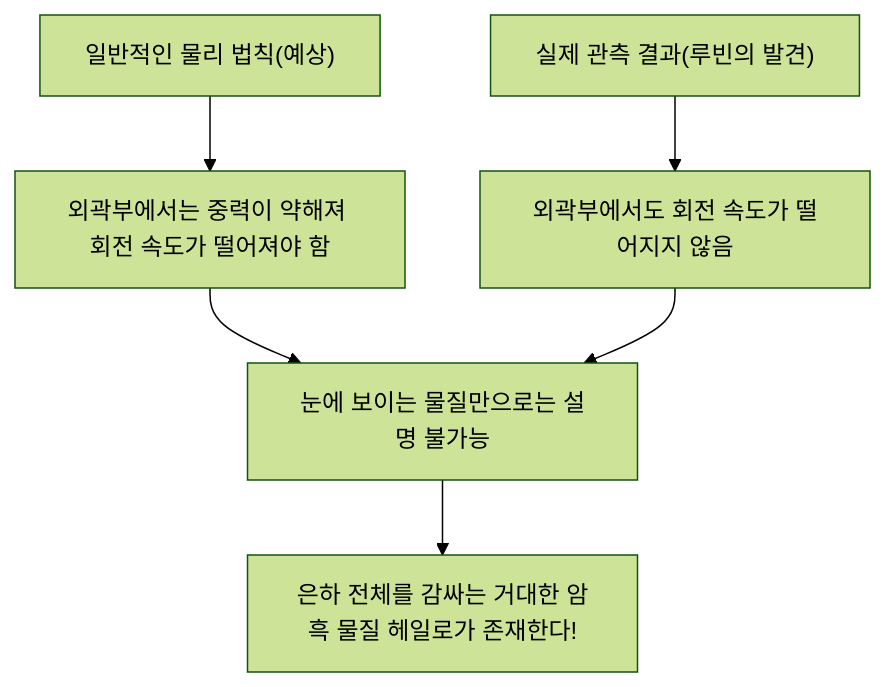
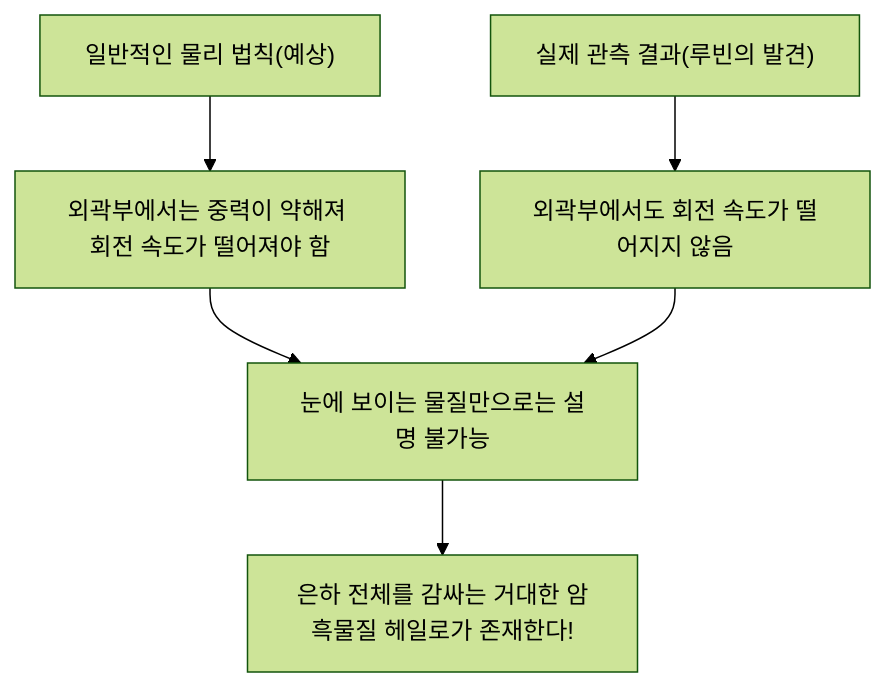
The first of 2 diagrams in content/post/dark-matter-dark-energy-mysteries/index.ko.md (kenjinote/blog), drawn with Mermaid (forest theme) before and after one commit. The commit also changed other lines of this file and 12 other files, not shown here.

````diff
--- a/content/post/dark-matter-dark-energy-mysteries/index.ko.md
+++ b/content/post/dark-matter-dark-energy-mysteries/index.ko.md
@@ -31,8 +31,8 @@
 ```mermaid
 graph TD
     A["일반적인 물리 법칙(예상)"] --> B["외곽부에서는 중력이 약해져 회전 속도가 떨어져야 함"]
     C["실제 관측 결과(루빈의 발견)"] --> D["외곽부에서도 회전 속도가 떨어지지 않음"]
     B --> E["눈에 보이는 물질만으로는 설명 불가능"]
     D --> E
-    E --> F["은하 전체를 감싸는 거대한 암흑 물질 헤일로가 존재한다!"]
+    E --> F["은하 전체를 감싸는 거대한 암흑물질 헤일로가 존재한다!"]
 ```
````
